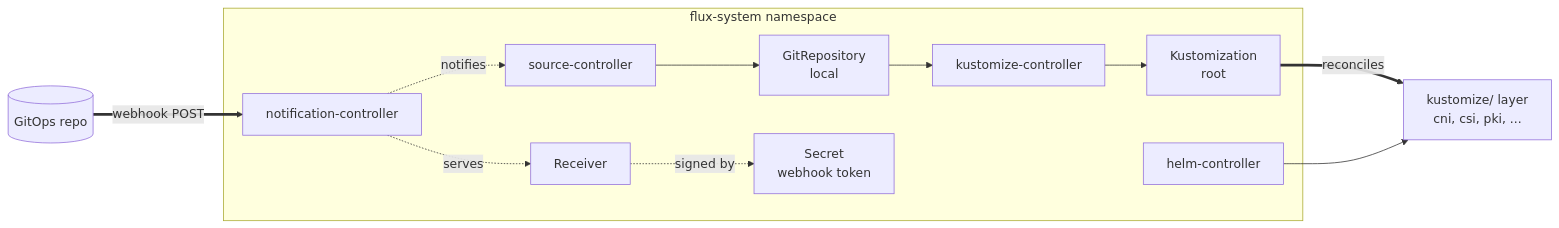
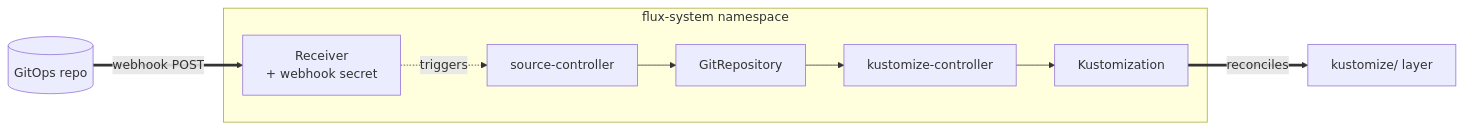
One commit to windsorcli/core changed the first of 2 diagrams in terraform/gitops/README.md. Above: the diagram before and after it, drawn with Mermaid. The commit also changed other lines of this file and 3 other files, not shown here.

Commit message:
chore(docs): update flowcharts in README files for CNI, Compute, DNS, and GitOps categories to enhance clarity and consistency

````diff
--- a/terraform/gitops/README.md
+++ b/terraform/gitops/README.md
@@ -24,27 +24,21 @@
 ```mermaid
 flowchart LR
   repo[(GitOps repo)]
 
   subgraph fluxsys[flux-system namespace]
-    sc[source-controller]
-    kc[kustomize-controller]
-    hc[helm-controller]
-    nc[notification-controller]
-    gr[GitRepository<br/>local]
-    ks[Kustomization<br/>root]
-    rcv[Receiver]
-    sec[Secret<br/>webhook token]
+    rcv[Receiver<br/>+ webhook secret]
+    src[source-controller]
+    kus[kustomize-controller]
+    gr[GitRepository]
+    ks[Kustomization]
   end
 
-  layer[kustomize/ layer<br/>cni, csi, pki, ...]
+  layer[kustomize/ layer]
 
-  repo ==webhook POST==> nc
-  nc -.notifies.-> sc
-  sc --> gr
-  gr --> kc
-  kc --> ks
+  repo ==webhook POST==> rcv
+  rcv -.triggers.-> src
+  src --> gr
+  gr --> kus
+  kus --> ks
   ks ==reconciles==> layer
-  hc --> layer
-  rcv -.signed by.-> sec
-  nc -.serves.-> rcv
 ```
````
